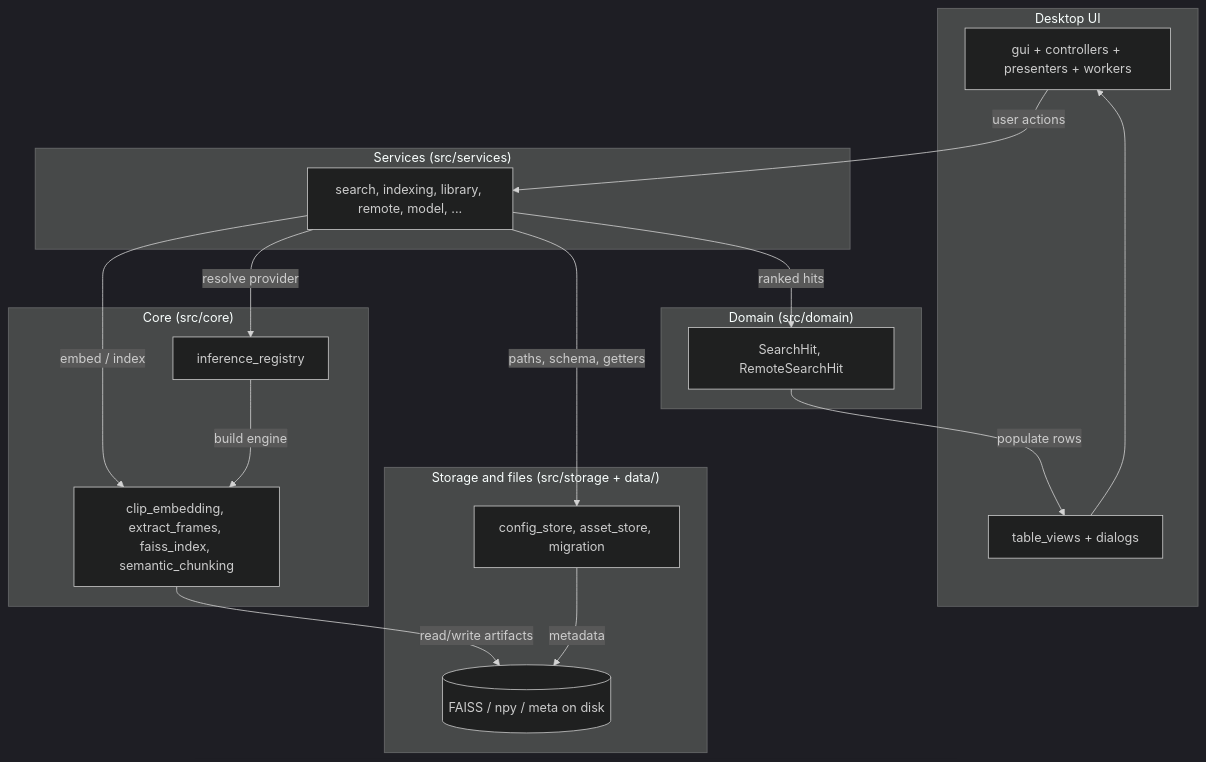
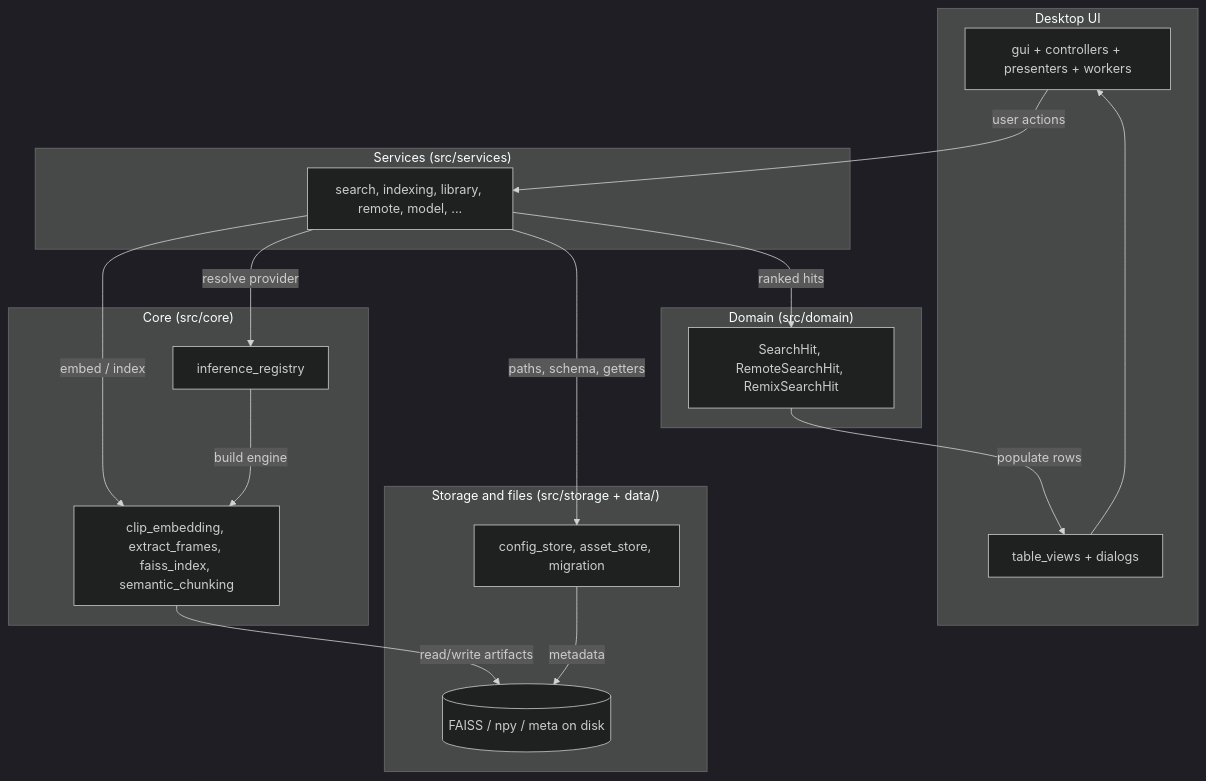
One commit to O-O-O-O-O-O-O-O-O-O-O-O-O-O-O-O/VideoSeek changed the second of 3 diagrams in docs/architecture.md. Above: the diagram before and after it, drawn with Mermaid (dark theme). The commit also changed other lines of this file and 4 other files, not shown here.

````diff
--- a/docs/architecture.md
+++ b/docs/architecture.md
@@ -23,36 +23,36 @@
 ```mermaid
 flowchart TB
   subgraph client ["Desktop UI"]
     GUI["gui + controllers + presenters + workers"]
     TV["table_views + dialogs"]
   end
 
   subgraph svc ["Services (src/services)"]
     SVC["search, indexing, library, remote, model, ..."]
   end
 
   subgraph domain ["Domain (src/domain)"]
-    DTO["SearchHit, RemoteSearchHit"]
+    DTO["SearchHit, RemoteSearchHit, RemixSearchHit"]
   end
 
   subgraph core ["Core (src/core)"]
     IR["inference_registry"]
     CE["clip_embedding, extract_frames, faiss_index, semantic_chunking"]
   end
 
   subgraph data ["Storage and files (src/storage + data/)"]
     CFG["config_store, asset_store, migration"]
     DISK[("FAISS / npy / meta on disk")]
   end
 
   GUI -->|user actions| SVC
   SVC -->|embed / index| CE
   SVC -->|resolve provider| IR
   IR -->|build engine| CE
   SVC -->|paths, schema, getters| CFG
   CE -->|read/write artifacts| DISK
   CFG -->|metadata| DISK
   SVC -->|ranked hits| DTO
   DTO -->|populate rows| TV
   TV --> GUI
 ```
````
